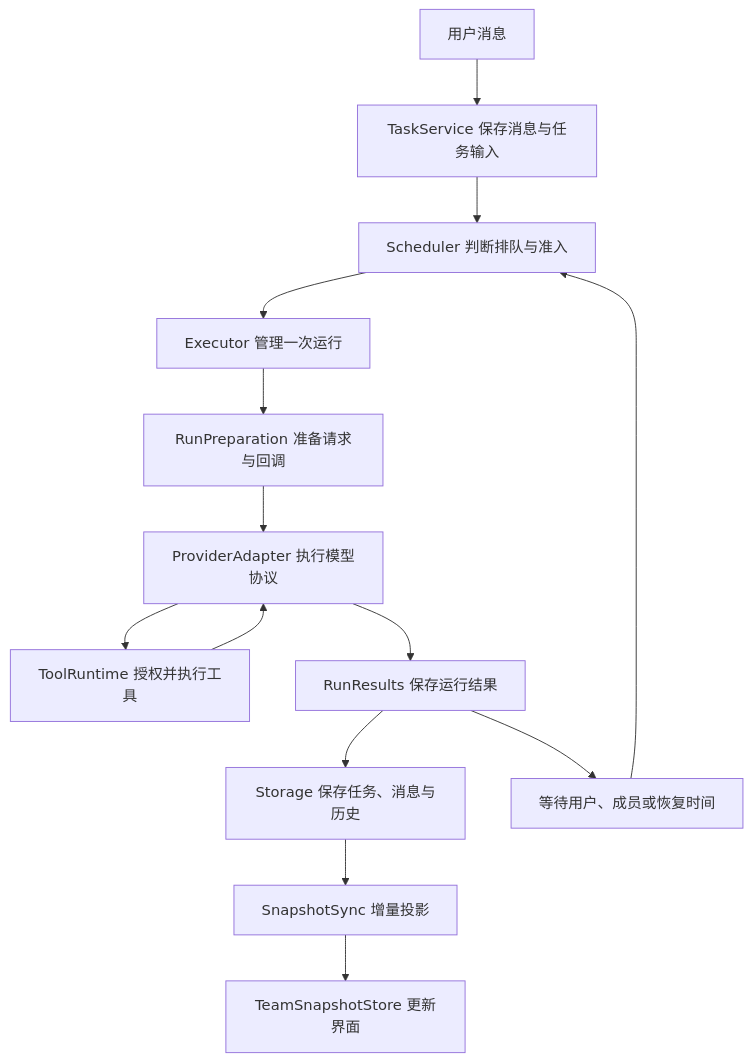
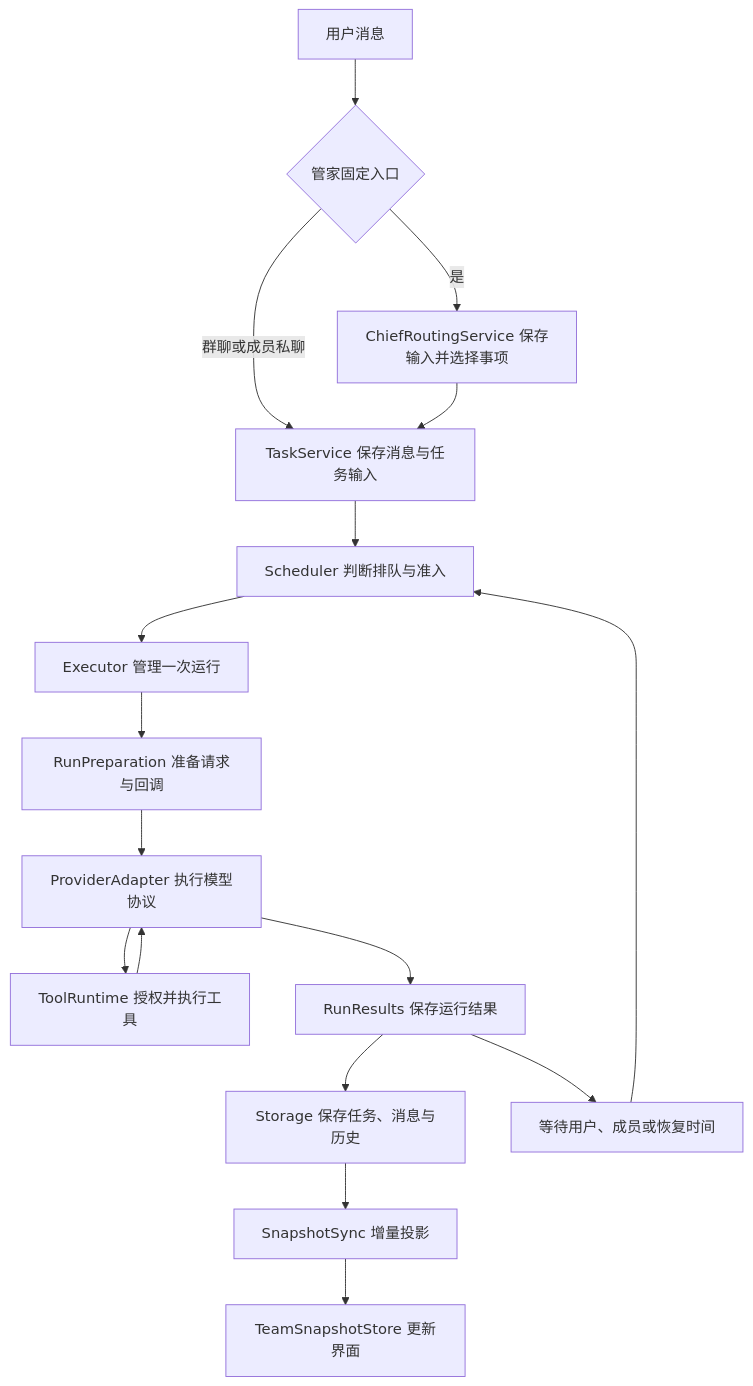
Before and after one commit to Fanch-hui/multi-ai-work: the diagram in docs/architecture.md, drawn with Mermaid. The commit also changed other lines of this file and 95 other files, not shown here.

````diff
--- a/docs/architecture.md
+++ b/docs/architecture.md
@@ -5,16 +5,19 @@
 ```mermaid
 flowchart TD
-  User[用户消息] --> Task[TaskService 保存消息与任务输入]
+  User[用户消息] --> Entry{管家固定入口}
+  Entry -->|是| Routing[ChiefRoutingService 保存输入并选择事项]
+  Entry -->|群聊或成员私聊| Task[TaskService 保存消息与任务输入]
+  Routing --> Task
   Task --> Scheduler[Scheduler 判断排队与准入]
   Scheduler --> Executor[Executor 管理一次运行]
   Executor --> Preparation[RunPreparation 准备请求与回调]
   Preparation --> Provider[ProviderAdapter 执行模型协议]
   Provider --> Tools[ToolRuntime 授权并执行工具]
   Tools --> Provider
   Provider --> Results[RunResults 保存运行结果]
   Results --> Storage[Storage 保存任务、消息与历史]
   Storage --> Sync[SnapshotSync 增量投影]
   Sync --> UI[TeamSnapshotStore 更新界面]
   Results --> Waiting[等待用户、成员或恢复时间]
   Waiting --> Scheduler
 ```
````
